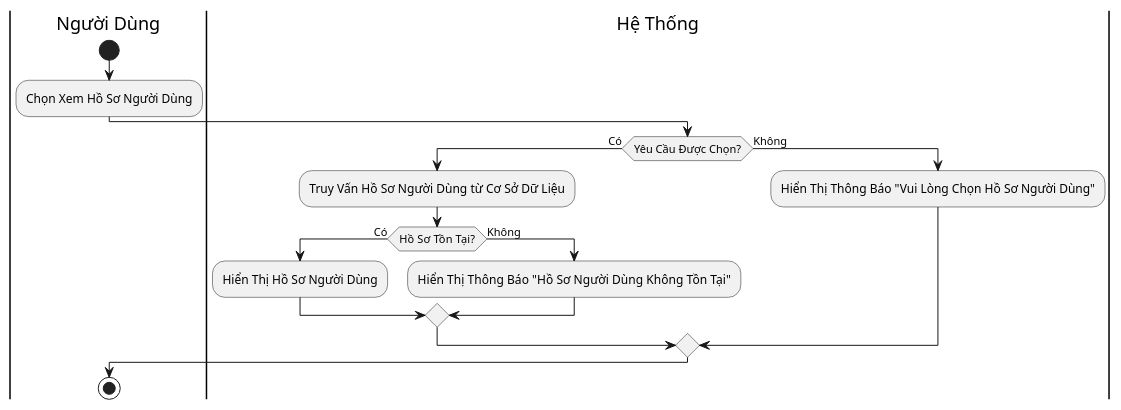
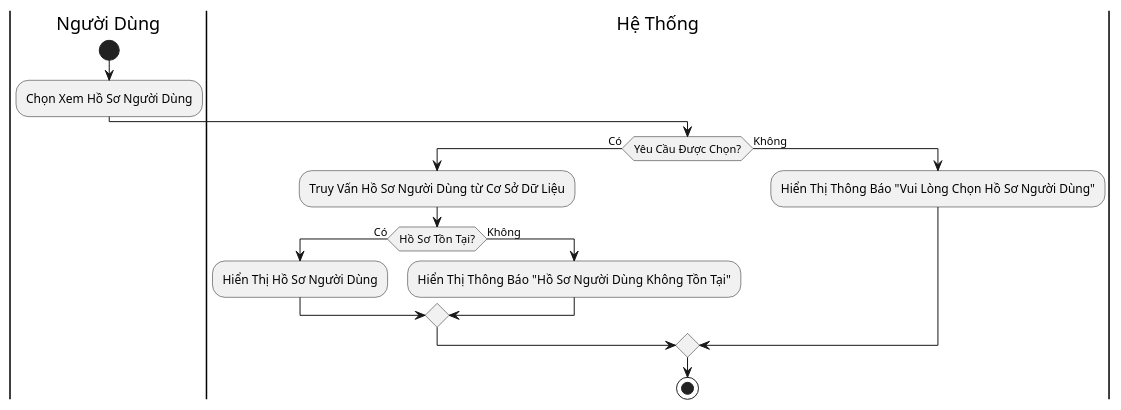
Before and after one commit to phutuctran/SE357-Pratice-class: the diagram in Lab1/Lab1.2/Activity/UC2.AC3 Xem hồ sơ.plantuml, drawn with PlantUML. The commit also changed 36 other files, not shown here.

First line of the commit message:
Create activity diagrams

```diff
--- a/Lab1/Lab1.2/Activity/UC2.AC3 Xem hồ sơ.plantuml
+++ b/Lab1/Lab1.2/Activity/UC2.AC3 Xem hồ sơ.plantuml
@@ -1,18 +1,17 @@
 @startuml
 |Người Dùng|
 start
 :Chọn Xem Hồ Sơ Người Dùng;
 |Hệ Thống|
 if (Yêu Cầu Được Chọn?) then (Có)
   :Truy Vấn Hồ Sơ Người Dùng từ Cơ Sở Dữ Liệu;
   if (Hồ Sơ Tồn Tại?) then (Có)
     :Hiển Thị Hồ Sơ Người Dùng;
   else (Không)
     :Hiển Thị Thông Báo "Hồ Sơ Người Dùng Không Tồn Tại";
   endif
 else (Không)
   :Hiển Thị Thông Báo "Vui Lòng Chọn Hồ Sơ Người Dùng";
 endif
-|Người Dùng|
 stop
 @enduml
```
